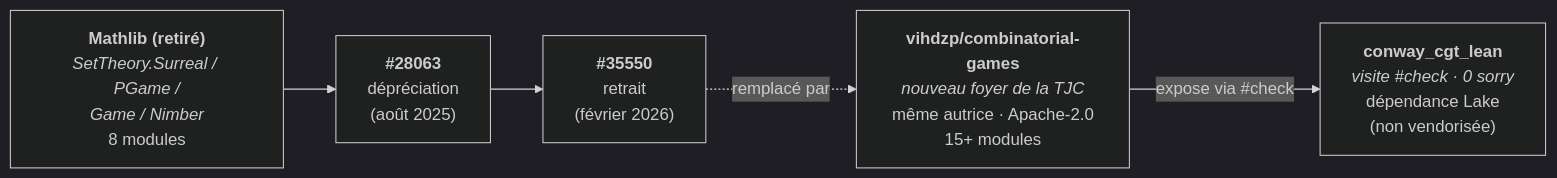
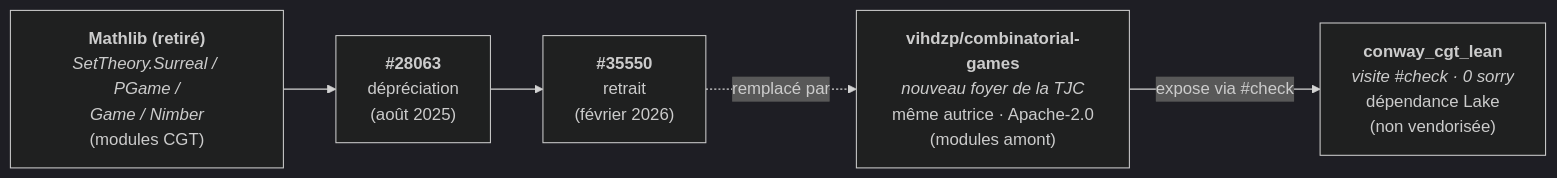
The first of 2 diagrams in MyIA.AI.Notebooks/GameTheory/conway_cgt_lean/README.md (jsboige/CoursIA), drawn with Mermaid (dark theme) before and after one commit. The commit also changed other lines of this file and 3 other files, not shown here.

First line of the commit message:
docs(gametheory,#20975): tranche GameTheory -- resorbe 15 compteurs d'artefacts en prose

````diff
--- a/MyIA.AI.Notebooks/GameTheory/conway_cgt_lean/README.md
+++ b/MyIA.AI.Notebooks/GameTheory/conway_cgt_lean/README.md
@@ -38,9 +38,9 @@
 ```mermaid
 flowchart LR
-    M["<b>Mathlib (retiré)</b><br/><i>SetTheory.Surreal / PGame /<br/>Game / Nimber</i><br/>8 modules"]
+    M["<b>Mathlib (retiré)</b><br/><i>SetTheory.Surreal / PGame /<br/>Game / Nimber</i><br/>(modules CGT)"]
     D["<b>#28063</b><br/>dépréciation<br/>(août 2025)"]
     R["<b>#35550</b><br/>retrait<br/>(février 2026)"]
-    U["<b>vihdzp/combinatorial-games</b><br/><i>nouveau foyer de la TJC</i><br/>même autrice · Apache-2.0<br/>15+ modules"]
+    U["<b>vihdzp/combinatorial-games</b><br/><i>nouveau foyer de la TJC</i><br/>même autrice · Apache-2.0<br/>(modules amont)"]
     T["<b>conway_cgt_lean</b><br/><i>visite #check · 0 sorry</i><br/>dépendance Lake<br/>(non vendorisée)"]
     M --> D --> R -.->|"remplacé par"| U -->|"expose via #check"| T
 ```
````
